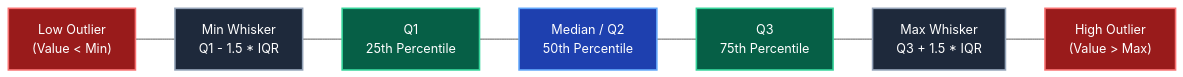
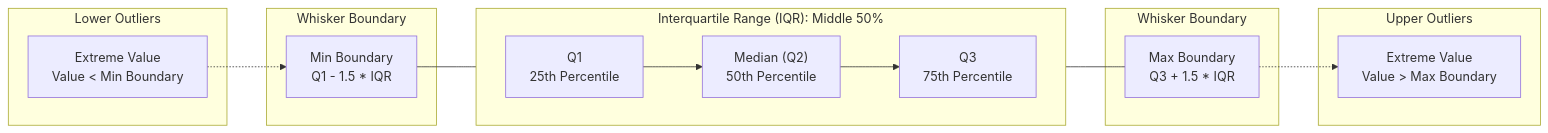
One commit to ayuslharora/blog-ayuslh changed the second of 3 diagrams in content/posts/machine-learning/ch12-univariate-data-analysis.mdx. Above: the diagram before and after it, drawn with Mermaid. The commit also changed other lines of this file, not shown here.

Commit message:
Update post formatting and diagrams

````diff
--- a/content/posts/machine-learning/ch12-univariate-data-analysis.mdx
+++ b/content/posts/machine-learning/ch12-univariate-data-analysis.mdx
@@ -183,19 +190,28 @@
 ```mermaid
 flowchart LR
-    O1["Low Outlier<br/>(Value < Min)"] --- Min["Min Whisker<br/>Q1 - 1.5 * IQR"]
-    Min --- Q1["Q1<br/>25th Percentile"]
-    Q1 --- Median["Median / Q2<br/>50th Percentile"]
-    Median --- Q3["Q3<br/>75th Percentile"]
-    Q3 --- Max["Max Whisker<br/>Q3 + 1.5 * IQR"]
-    Max --- O2["High Outlier<br/>(Value > Max)"]
+    subgraph OutliersLeft["Lower Outliers"]
+        O1["Extreme Value<br/>Value < Min Boundary"]
+    end
 
-    classDef outlier fill:#991b1b,stroke:#f87171,stroke-width:2px,color:#fff;
-    classDef whisker fill:#1e293b,stroke:#94a3b8,stroke-width:2px,color:#fff;
-    classDef box fill:#065f46,stroke:#34d399,stroke-width:2px,color:#fff;
-    classDef median fill:#1e40af,stroke:#60a5fa,stroke-width:2px,color:#fff;
+    subgraph WhiskerLower["Whisker Boundary"]
+        Min["Min Boundary<br/>Q1 - 1.5 * IQR"]
+    end
 
-    class O1,O2 outlier;
-    class Min,Max whisker;
-    class Q1,Q3 box;
-    class Median median;
+    subgraph IQRBox["Interquartile Range (IQR): Middle 50%"]
+        direction LR
+        Q1["Q1<br/>25th Percentile"] --> Median["Median (Q2)<br/>50th Percentile"] --> Q3["Q3<br/>75th Percentile"]
+    end
+
+    subgraph WhiskerUpper["Whisker Boundary"]
+        Max["Max Boundary<br/>Q3 + 1.5 * IQR"]
+    end
+
+    subgraph OutliersRight["Upper Outliers"]
+        O2["Extreme Value<br/>Value > Max Boundary"]
+    end
+
+    O1 -.-> Min
+    Min --- Q1
+    Q3 --- Max
+    Max -.-> O2
 ```
````
